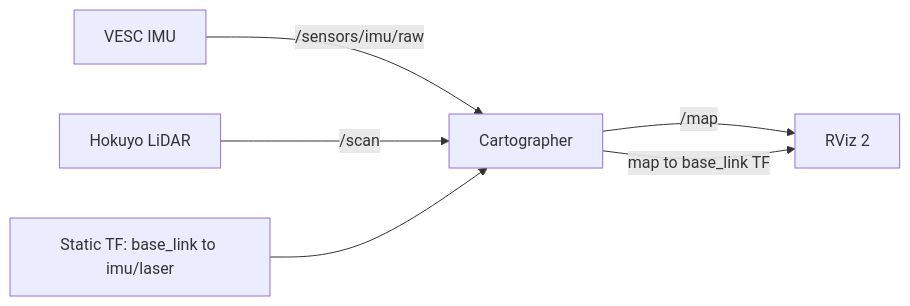
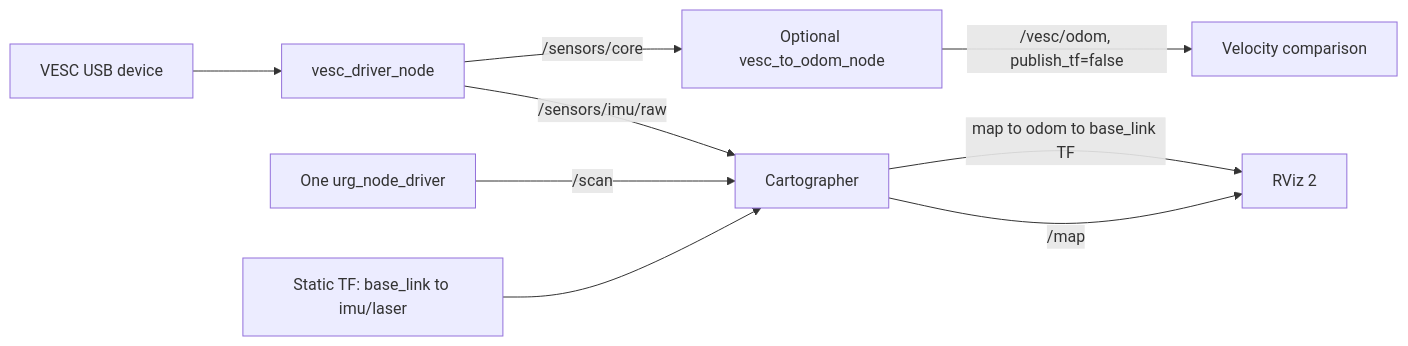
One commit to YatmingLuk/F1Tenth changed the diagram in README.md. Above: the diagram before and after it, drawn with Mermaid. The commit also changed other lines of this file, not shown here.

Commit message:
docs: align README with validated vehicle architecture

````diff
--- a/README.md
+++ b/README.md
@@ -31,8 +34,11 @@
 ```mermaid
 flowchart LR
-    VESC[VESC IMU] -->|/sensors/imu/raw| CARTO[Cartographer]
-    LIDAR[Hokuyo LiDAR] -->|/scan| CARTO
+    USB[VESC USB device] --> DRIVER[vesc_driver_node]
+    DRIVER -->|/sensors/imu/raw| CARTO[Cartographer]
+    DRIVER -->|/sensors/core| ODOM[Optional vesc_to_odom_node]
+    HOKUYO[One urg_node_driver] -->|/scan| CARTO
     TF[Static TF: base_link to imu/laser] --> CARTO
+    ODOM -->|/vesc/odom, publish_tf=false| COMPARE[Velocity comparison]
     CARTO -->|/map| RVIZ[RViz 2]
-    CARTO -->|map to base_link TF| RVIZ
+    CARTO -->|map to odom to base_link TF| RVIZ
 ```
````
